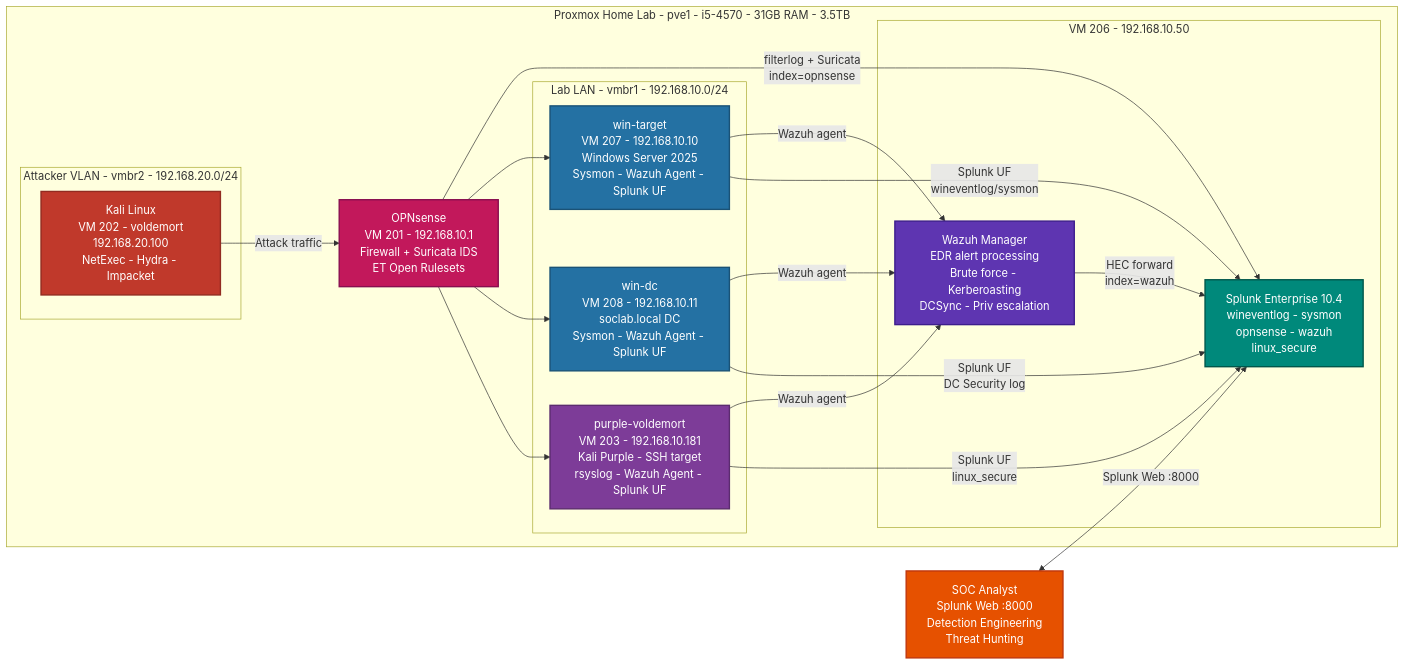
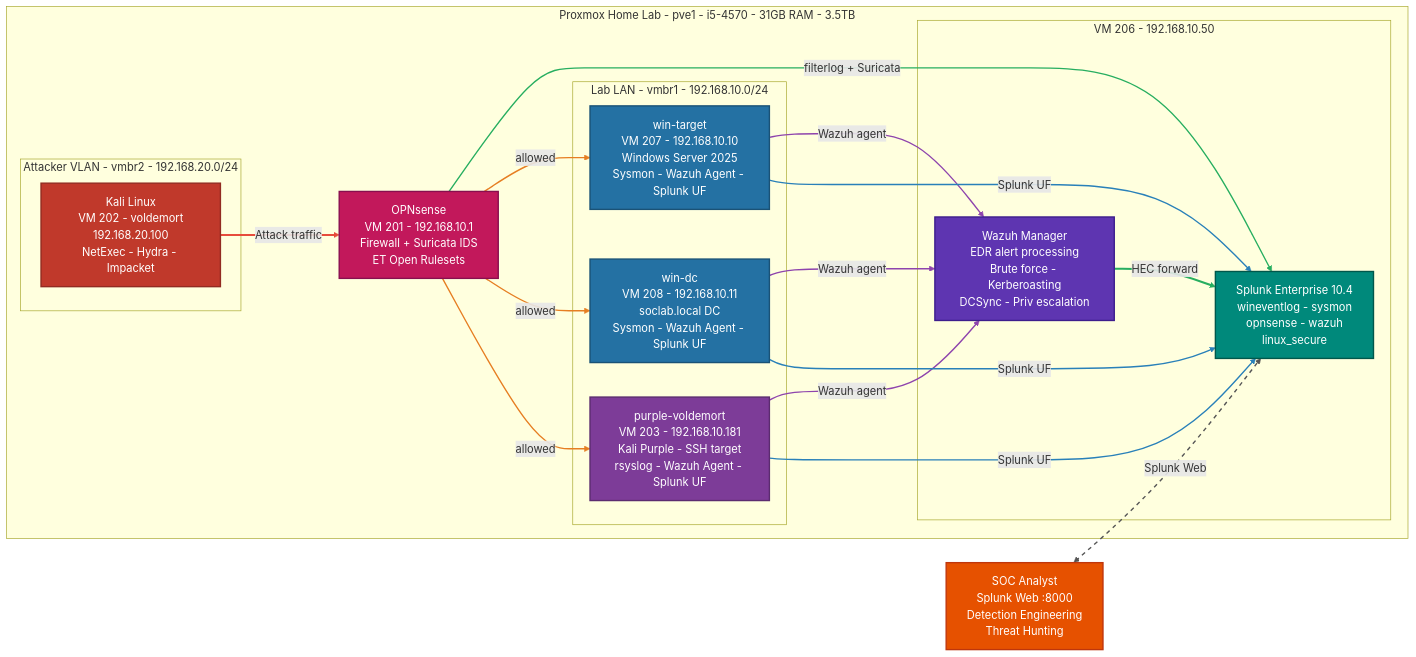
The diagram in splunk-project/lab-infrastructure/README.md (Santi4g0RD/SOC-Analyst-Projects), drawn with Mermaid before and after one commit.

Commit message:
Color-code Mermaid edges for visibility
Red=attack, orange=allowed flows, purple=Wazuh agent,
blue=Splunk UF, green=filterlog+HEC, gray dashed=admin.
All edges 2-3px thick so they stand out against the background.

````diff
--- a/splunk-project/lab-infrastructure/README.md
+++ b/splunk-project/lab-infrastructure/README.md
@@ -55,47 +55,61 @@
 ```mermaid
 flowchart LR
     classDef attacker fill:#c0392b,color:#fff,stroke:#922b21,stroke-width:2px
     classDef winTarget fill:#2471a3,color:#fff,stroke:#1a5276,stroke-width:2px
     classDef linuxTarget fill:#7d3c98,color:#fff,stroke:#5b2c6f,stroke-width:2px
     classDef firewall fill:#c2185b,color:#fff,stroke:#880e4f,stroke-width:2px
     classDef siem fill:#00897b,color:#fff,stroke:#00574b,stroke-width:2px
     classDef edr fill:#5e35b1,color:#fff,stroke:#3d1d8c,stroke-width:2px
     classDef analyst fill:#e65100,color:#fff,stroke:#bf360c,stroke-width:2px
 
     subgraph PROXMOX["Proxmox Home Lab - pve1 - i5-4570 - 31GB RAM - 3.5TB"]
 
         subgraph VLAN2["Attacker VLAN - vmbr2 - 192.168.20.0/24"]
             KALI["Kali Linux\nVM 202 - voldemort\n192.168.20.100\nNetExec - Hydra - Impacket"]:::attacker
         end
 
         OPN["OPNsense\nVM 201 - 192.168.10.1\nFirewall + Suricata IDS\nET Open Rulesets"]:::firewall
 
         subgraph LAN["Lab LAN - vmbr1 - 192.168.10.0/24"]
             WINTGT["win-target\nVM 207 - 192.168.10.10\nWindows Server 2025\nSysmon - Wazuh Agent - Splunk UF"]:::winTarget
             WINDC["win-dc\nVM 208 - 192.168.10.11\nsoclab.local DC\nSysmon - Wazuh Agent - Splunk UF"]:::winTarget
             LINUX["purple-voldemort\nVM 203 - 192.168.10.181\nKali Purple - SSH target\nrsyslog - Wazuh Agent - Splunk UF"]:::linuxTarget
         end
 
         subgraph VM206["VM 206 - 192.168.10.50"]
             WAZUH["Wazuh Manager\nEDR alert processing\nBrute force - Kerberoasting\nDCSync - Priv escalation"]:::edr
             SPLUNK["Splunk Enterprise 10.4\nwineventlog - sysmon\nopnsense - wazuh\nlinux_secure"]:::siem
         end
 
     end
 
     ANALYST["SOC Analyst\nSplunk Web :8000\nDetection Engineering\nThreat Hunting"]:::analyst
 
     KALI -->|"Attack traffic"| OPN
-    OPN -->|"filterlog + Suricata\nindex=opnsense"| SPLUNK
-    OPN --> WINTGT
-    OPN --> WINDC
-    OPN --> LINUX
+    OPN -->|"filterlog + Suricata"| SPLUNK
+    OPN -->|"allowed"| WINTGT
+    OPN -->|"allowed"| WINDC
+    OPN -->|"allowed"| LINUX
     WINTGT -->|"Wazuh agent"| WAZUH
     WINDC -->|"Wazuh agent"| WAZUH
     LINUX -->|"Wazuh agent"| WAZUH
-    WINTGT -->|"Splunk UF\nwineventlog/sysmon"| SPLUNK
-    WINDC -->|"Splunk UF\nDC Security log"| SPLUNK
-    LINUX -->|"Splunk UF\nlinux_secure"| SPLUNK
-    WAZUH -->|"HEC forward\nindex=wazuh"| SPLUNK
-    ANALYST <-->|"Splunk Web :8000"| SPLUNK
+    WINTGT -->|"Splunk UF"| SPLUNK
+    WINDC -->|"Splunk UF"| SPLUNK
+    LINUX -->|"Splunk UF"| SPLUNK
+    WAZUH -->|"HEC forward"| SPLUNK
+    ANALYST <-->|"Splunk Web"| SPLUNK
+
+    linkStyle 0 stroke:#e74c3c,stroke-width:3px
+    linkStyle 1 stroke:#27ae60,stroke-width:2px
+    linkStyle 2 stroke:#e67e22,stroke-width:2px
+    linkStyle 3 stroke:#e67e22,stroke-width:2px
+    linkStyle 4 stroke:#e67e22,stroke-width:2px
+    linkStyle 5 stroke:#8e44ad,stroke-width:2px
+    linkStyle 6 stroke:#8e44ad,stroke-width:2px
+    linkStyle 7 stroke:#8e44ad,stroke-width:2px
+    linkStyle 8 stroke:#2980b9,stroke-width:2px
+    linkStyle 9 stroke:#2980b9,stroke-width:2px
+    linkStyle 10 stroke:#2980b9,stroke-width:2px
+    linkStyle 11 stroke:#27ae60,stroke-width:3px
+    linkStyle 12 stroke:#555555,stroke-width:2px,stroke-dasharray:6
 ```
````
